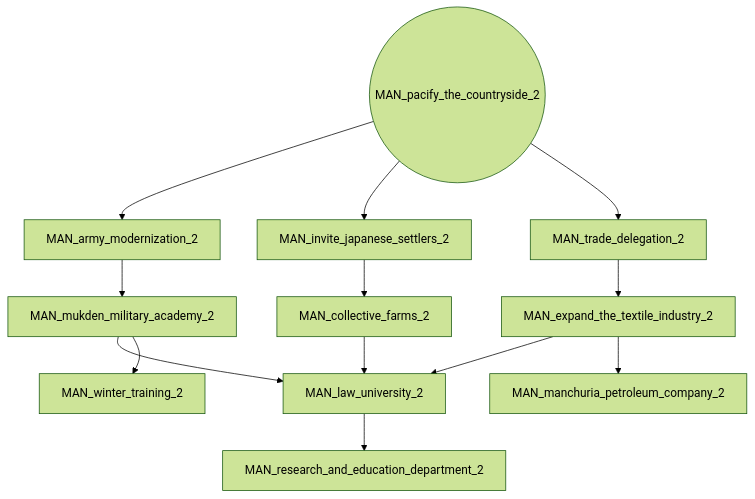
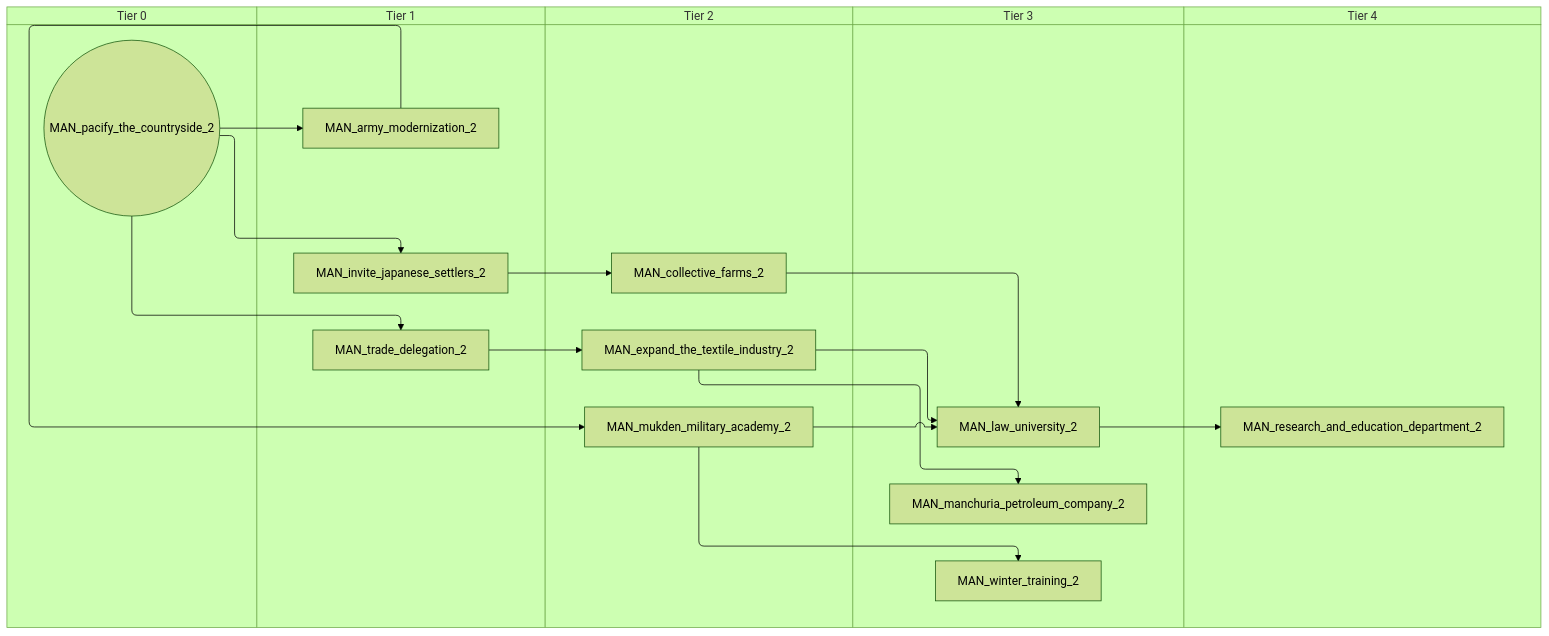
Before and after one commit to evgeny-sobol/hoi4-sandbox-mode-r56: the fourth of 6 diagrams in docs/gdd/National Focuses/r56/manchukuo.md, drawn with Mermaid (forest theme). The commit also changed other lines of this file and 423 other files, not shown here.

First line of the commit message:
Re-export Rt56 focus trees as swimlane diagrams

````diff
--- a/docs/gdd/National Focuses/r56/manchukuo.md
+++ b/docs/gdd/National Focuses/r56/manchukuo.md
@@ -290,26 +340,36 @@
 ```mermaid
-flowchart TD
-    n110["MAN_army_modernization_2"]
-    n111["MAN_collective_farms_2"]
-    n112["MAN_expand_the_textile_industry_2"]
-    n113["MAN_invite_japanese_settlers_2"]
-    n114["MAN_law_university_2"]
-    n115["MAN_manchuria_petroleum_company_2"]
-    n116["MAN_mukden_military_academy_2"]
-    n117(("MAN_pacify_the_countryside_2"))
-    n118["MAN_research_and_education_department_2"]
-    n119["MAN_trade_delegation_2"]
-    n120["MAN_winter_training_2"]
-    n117 --> n110
-    n113 --> n111
-    n119 --> n112
-    n117 --> n113
-    n111 --> n114
-    n116 --> n114
+swimlane-beta TD
+    subgraph tier_0["Tier 0"]
+        n110(("MAN_pacify_the_countryside_2"))
+    end
+    subgraph tier_1["Tier 1"]
+        n111["MAN_army_modernization_2"]
+        n112["MAN_invite_japanese_settlers_2"]
+        n113["MAN_trade_delegation_2"]
+    end
+    subgraph tier_2["Tier 2"]
+        n114["MAN_collective_farms_2"]
+        n115["MAN_expand_the_textile_industry_2"]
+        n116["MAN_mukden_military_academy_2"]
+    end
+    subgraph tier_3["Tier 3"]
+        n117["MAN_law_university_2"]
+        n118["MAN_manchuria_petroleum_company_2"]
+        n119["MAN_winter_training_2"]
+    end
+    subgraph tier_4["Tier 4"]
+        n120["MAN_research_and_education_department_2"]
+    end
+    n110 --> n111
     n112 --> n114
-    n112 --> n115
-    n110 --> n116
-    n114 --> n118
-    n117 --> n119
-    n116 --> n120
+    n113 --> n115
+    n110 --> n112
+    n114 --> n117
+    n116 --> n117
+    n115 --> n117
+    n115 --> n118
+    n111 --> n116
+    n117 --> n120
+    n110 --> n113
+    n116 --> n119
 ```
````
